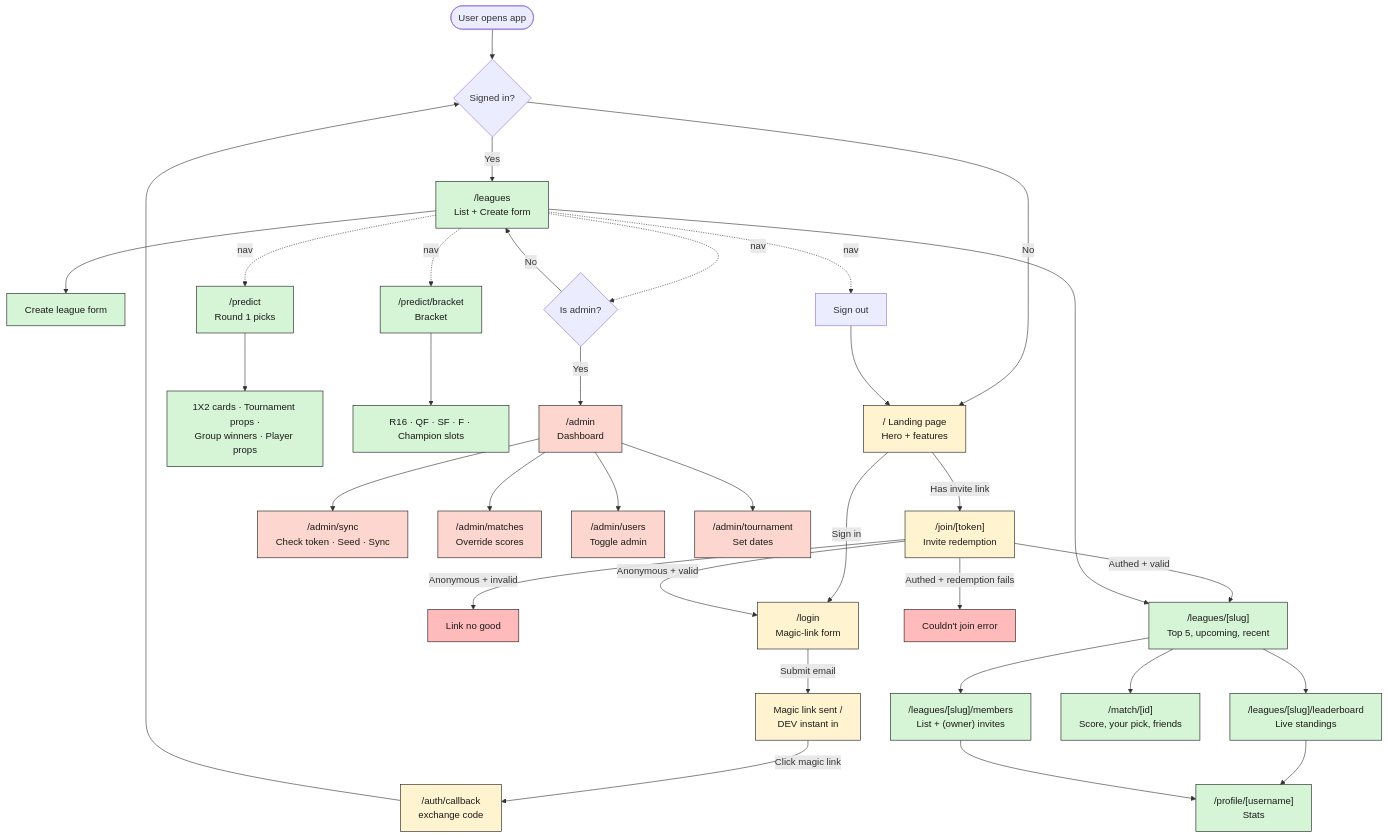
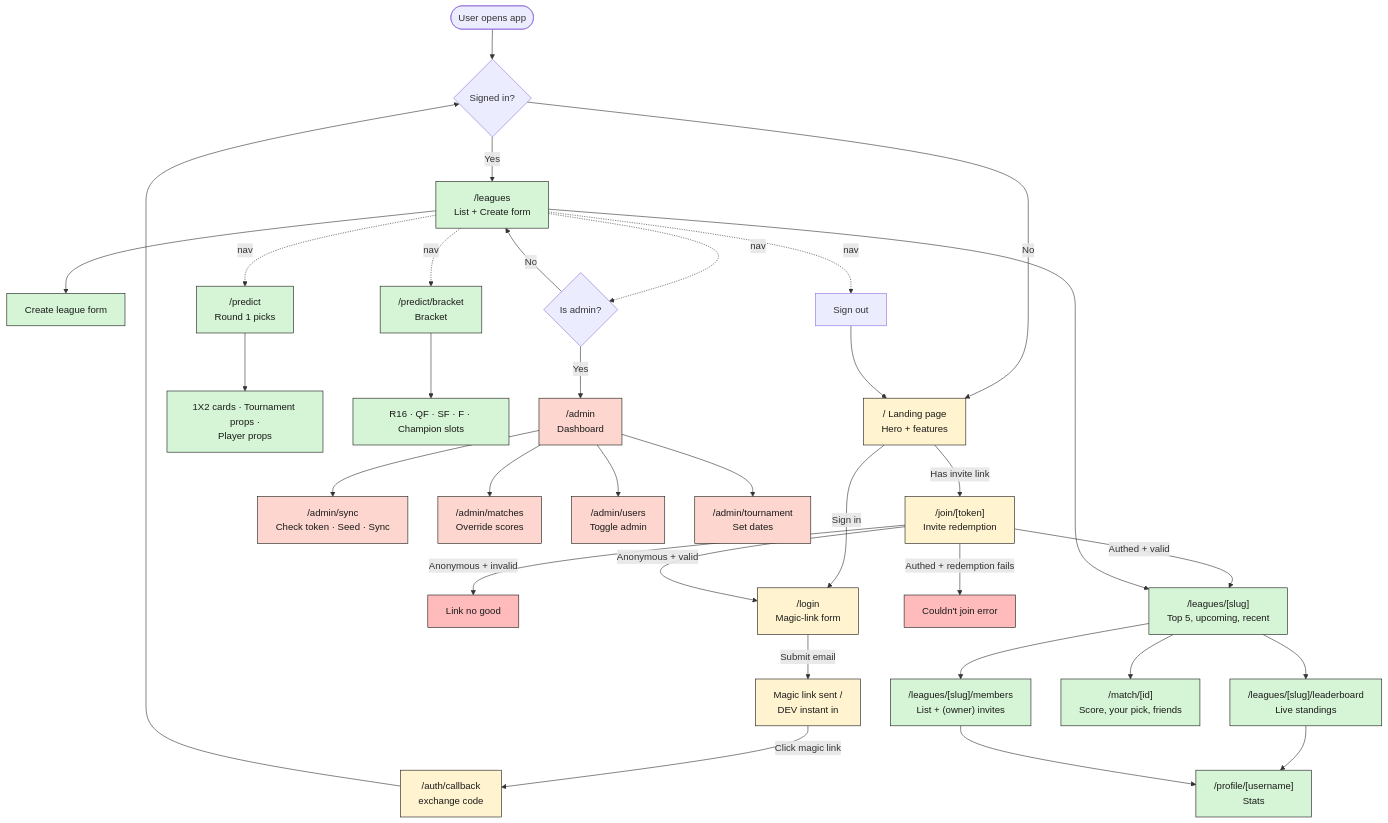
One commit to axelberggren-gif/3-musketeers-wc-game changed the diagram in USER_JOURNEYS.md. Above: the diagram before and after it, drawn with Mermaid. The commit also changed other lines of this file and 17 other files, not shown here.

First line of the commit message:
feat(predict): remove group-winners picker and its scoring

````diff
--- a/USER_JOURNEYS.md
+++ b/USER_JOURNEYS.md
@@ -41,53 +41,53 @@
 ```mermaid
 flowchart TD
     Start([User opens app]) --> AuthCheck{Signed in?}
 
     AuthCheck -- No --> Landing["/ Landing page<br/>Hero + features"]
     Landing -- Sign in --> Login["/login<br/>Magic-link form"]
     Landing -- Has invite link --> JoinPage["/join/[token]<br/>Invite redemption"]
 
     Login -- Submit email --> EmailSent[Magic link sent /<br/>DEV instant in]
     EmailSent -- Click magic link --> Callback["/auth/callback<br/>exchange code"]
     Callback --> AuthCheck
 
     JoinPage -- Anonymous + valid --> Login
     JoinPage -- Anonymous + invalid --> InvalidInvite[Link no good]
     JoinPage -- Authed + valid --> LeagueHome
     JoinPage -- Authed + redemption fails --> JoinErr[Couldn't join error]
 
     AuthCheck -- Yes --> Leagues["/leagues<br/>List + Create form"]
 
     Leagues --> CreateLeague[Create league form]
     Leagues --> LeagueHome["/leagues/[slug]<br/>Top 5, upcoming, recent"]
 
     LeagueHome --> Leaderboard["/leagues/[slug]/leaderboard<br/>Live standings"]
     LeagueHome --> Members["/leagues/[slug]/members<br/>List + (owner) invites"]
     LeagueHome --> MatchDetail["/match/[id]<br/>Score, your pick, friends"]
     Leaderboard --> Profile
     Members --> Profile["/profile/[username]<br/>Stats"]
 
     Leagues -.nav.-> R1["/predict<br/>Round 1 picks"]
     Leagues -.nav.-> R2["/predict/bracket<br/>Bracket"]
     Leagues -.nav.-> AdminGate{Is admin?}
 
-    R1 --> R1Picks[1X2 cards · Tournament props ·<br/>Group winners · Player props]
+    R1 --> R1Picks[1X2 cards · Tournament props ·<br/>Player props]
     R2 --> R2Slots[R16 · QF · SF · F · Champion slots]
 
     AdminGate -- Yes --> Admin["/admin<br/>Dashboard"]
     AdminGate -- No --> Leagues
     Admin --> AdminSync["/admin/sync<br/>Check token · Seed · Sync"]
     Admin --> AdminMatches["/admin/matches<br/>Override scores"]
     Admin --> AdminUsers["/admin/users<br/>Toggle admin"]
     Admin --> AdminTournament["/admin/tournament<br/>Set dates"]
 
     Leagues -.nav.-> SignOut[Sign out] --> Landing
 
     classDef anon fill:#fff4cf,stroke:#1a1a1a,color:#1a1a1a
     classDef auth fill:#d6f5d6,stroke:#1a1a1a,color:#1a1a1a
     classDef admin fill:#fcd6cf,stroke:#1a1a1a,color:#1a1a1a
     classDef err fill:#fbb,stroke:#1a1a1a,color:#1a1a1a
     class Landing,Login,JoinPage,EmailSent,Callback anon
     class Leagues,LeagueHome,Leaderboard,Members,MatchDetail,Profile,R1,R2,R1Picks,R2Slots,CreateLeague auth
     class Admin,AdminSync,AdminMatches,AdminUsers,AdminTournament admin
     class InvalidInvite,JoinErr err
 ```
````
